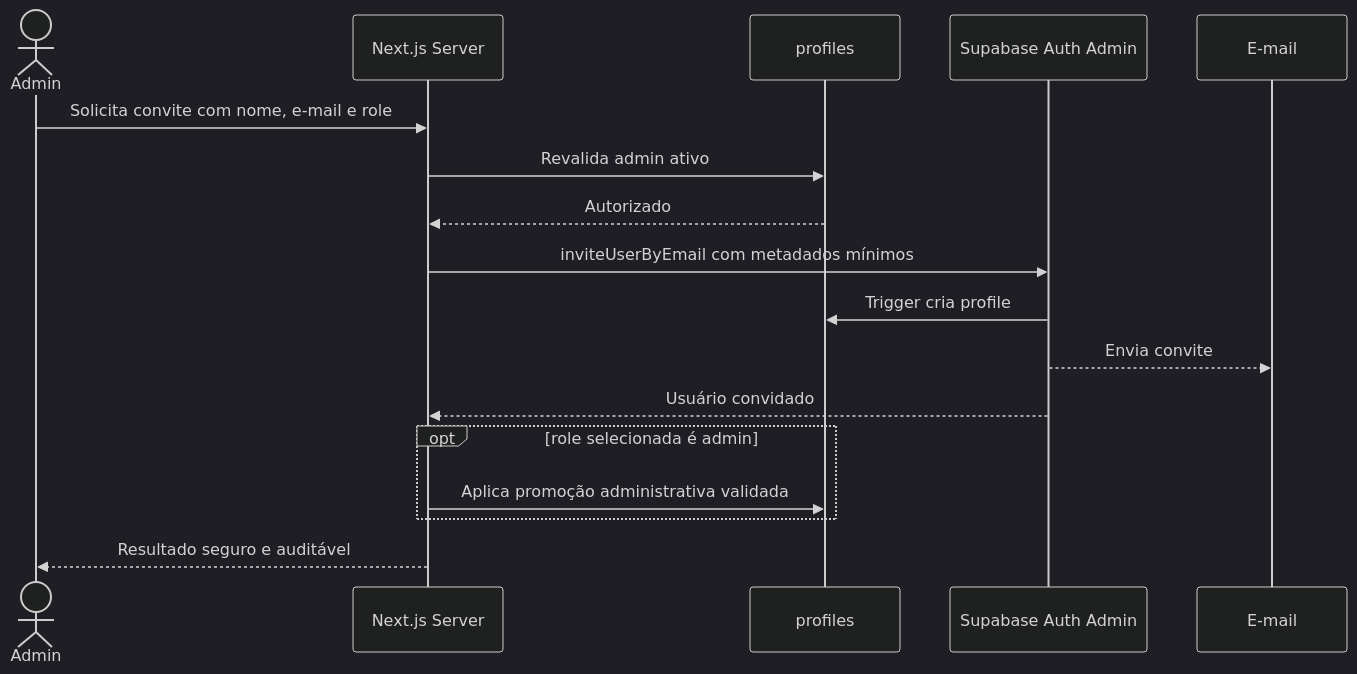
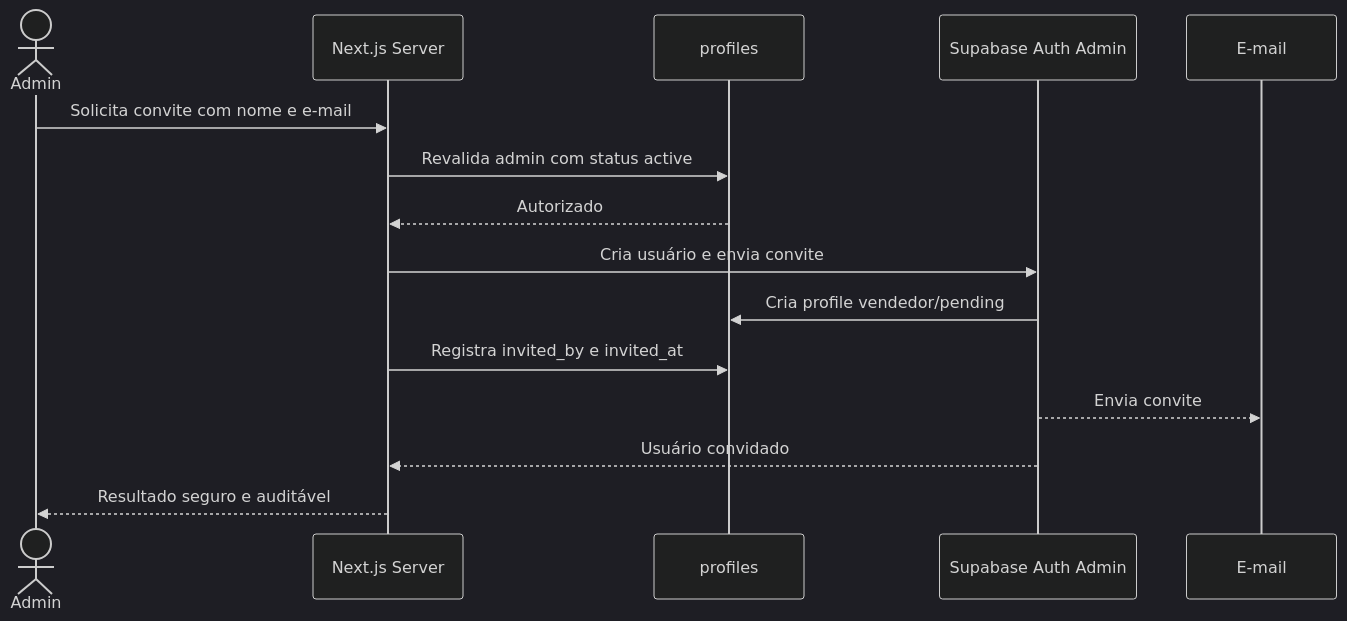
One commit to leandrovteixeira/compra-car changed the third of 4 diagrams in docs/architecture/AUTHENTICATION_ARCHITECTURE.md. Above: the diagram before and after it, drawn with Mermaid (dark theme). The commit also changed other lines of this file and 8 other files, not shown here.

Commit message:
docs(auth): refine authentication lifecycle and architecture

````diff
--- a/docs/architecture/AUTHENTICATION_ARCHITECTURE.md
+++ b/docs/architecture/AUTHENTICATION_ARCHITECTURE.md
@@ -233,19 +255,17 @@
 ```mermaid
 sequenceDiagram
   actor ADM as Admin
   participant N as Next.js Server
   participant P as profiles
   participant A as Supabase Auth Admin
   participant E as E-mail
-  ADM->>N: Solicita convite com nome, e-mail e role
-  N->>P: Revalida admin ativo
+  ADM->>N: Solicita convite com nome e e-mail
+  N->>P: Revalida admin com status active
   P-->>N: Autorizado
-  N->>A: inviteUserByEmail com metadados mínimos
-  A->>P: Trigger cria profile
+  N->>A: Cria usuário e envia convite
+  A->>P: Cria profile vendedor/pending
+  N->>P: Registra invited_by e invited_at
   A-->>E: Envia convite
   A-->>N: Usuário convidado
-  opt role selecionada é admin
-    N->>P: Aplica promoção administrativa validada
-  end
   N-->>ADM: Resultado seguro e auditável
 ```
````
